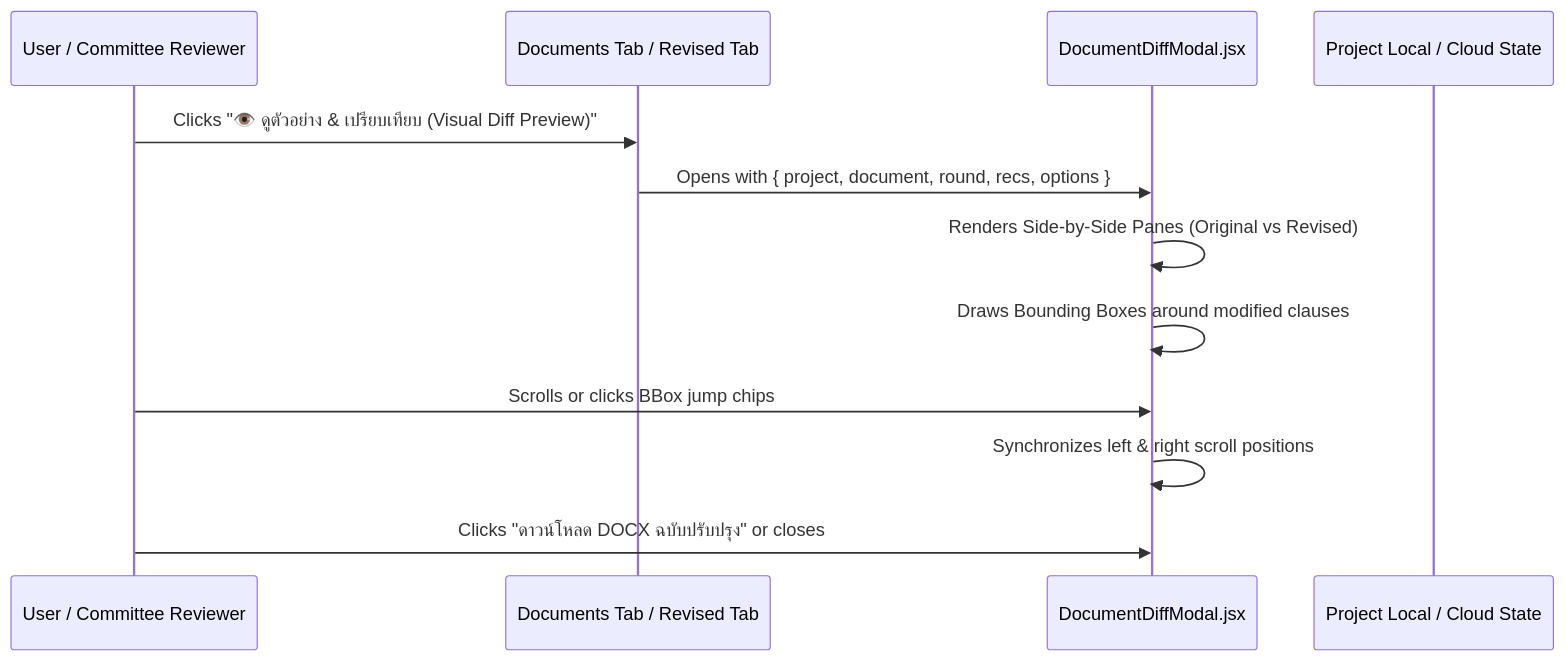
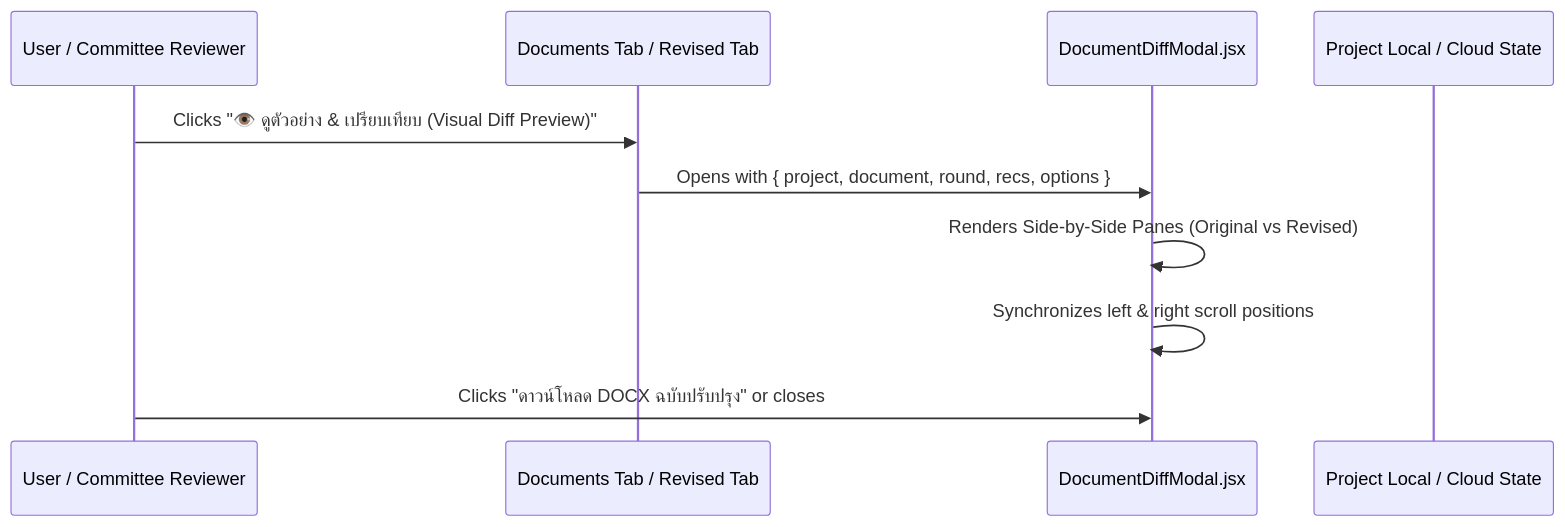
One commit to GuyJirasin/GreenSpec changed the diagram in docs/superpowers/specs/2026-10-12-document-diff-viewer-design.md. Above: the diagram before and after it, drawn with Mermaid. The commit also changed other lines of this file and 15 other files, not shown here.

````diff
--- a/docs/superpowers/specs/2026-10-12-document-diff-viewer-design.md
+++ b/docs/superpowers/specs/2026-10-12-document-diff-viewer-design.md
@@ -20,15 +20,13 @@
 ```mermaid
 sequenceDiagram
     participant User as User / Committee Reviewer
     participant DocumentsTab as Documents Tab / Revised Tab
     participant DiffModal as DocumentDiffModal.jsx
     participant Storage as Project Local / Cloud State
 
     User->>DocumentsTab: Clicks "👁️ ดูตัวอย่าง & เปรียบเทียบ (Visual Diff Preview)"
     DocumentsTab->>DiffModal: Opens with { project, document, round, recs, options }
     DiffModal->>DiffModal: Renders Side-by-Side Panes (Original vs Revised)
-    DiffModal->>DiffModal: Draws Bounding Boxes around modified clauses
-    User->>DiffModal: Scrolls or clicks BBox jump chips
     DiffModal->>DiffModal: Synchronizes left & right scroll positions
     User->>DiffModal: Clicks "ดาวน์โหลด DOCX ฉบับปรับปรุง" or closes
 ```
````
